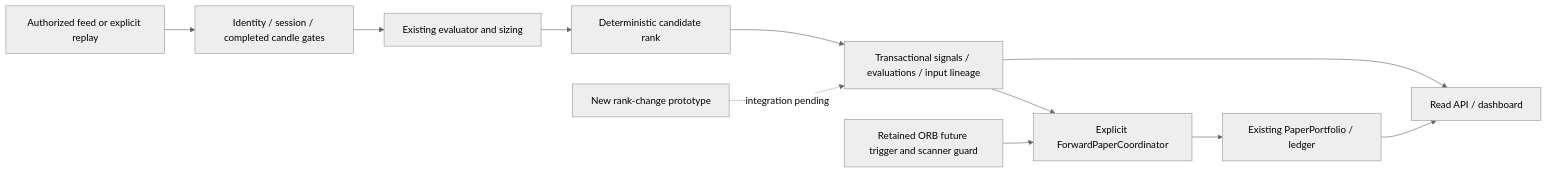
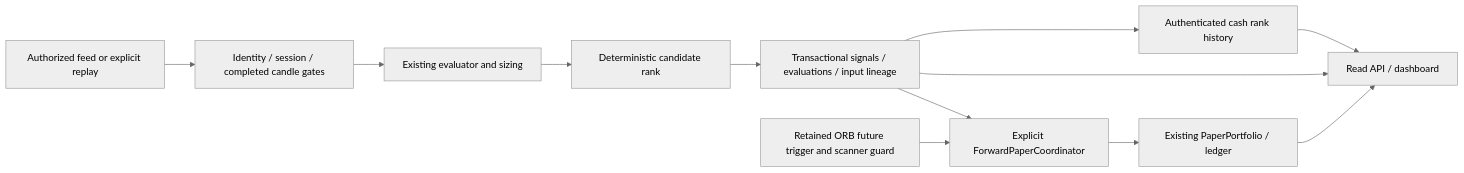
Before and after one commit to guru6304/TradePulseAI: the diagram in indian_fo_signal_bot_v1/docs/project/TRADEPULSE_ASTRA_MASTER_EXECUTION_REPORT.md, drawn with Mermaid (neutral theme). The commit also changed other lines of this file and 96 other files, not shown here.

````diff
--- a/indian_fo_signal_bot_v1/docs/project/TRADEPULSE_ASTRA_MASTER_EXECUTION_REPORT.md
+++ b/indian_fo_signal_bot_v1/docs/project/TRADEPULSE_ASTRA_MASTER_EXECUTION_REPORT.md
@@ -74,13 +90,14 @@
 ```mermaid
 flowchart LR
   A[Authorized feed or explicit replay] --> B[Identity / session / completed candle gates]
   B --> C[Existing evaluator and sizing]
   C --> D[Deterministic candidate rank]
   D --> E[Transactional signals / evaluations / input lineage]
   E --> F[Explicit ForwardPaperCoordinator]
   F --> G[Existing PaperPortfolio / ledger]
   E --> H[Read API / dashboard]
   G --> H
-  X[New rank-change prototype] -. integration pending .-> E
+  E --> X[Authenticated cash rank history]
+  X --> H
   T[Retained ORB future trigger and scanner guard] --> F
 ```
````
